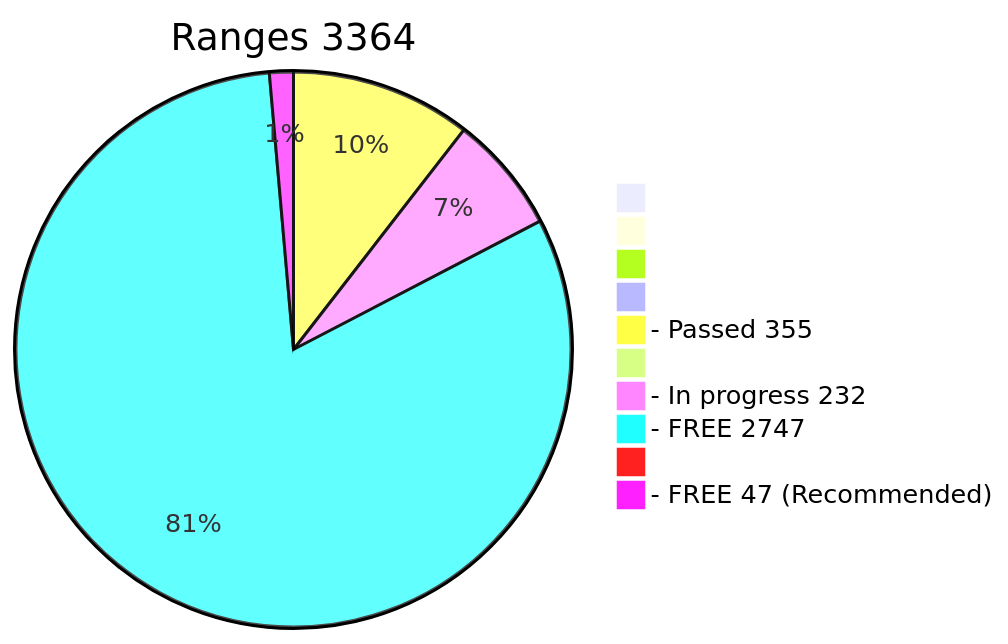
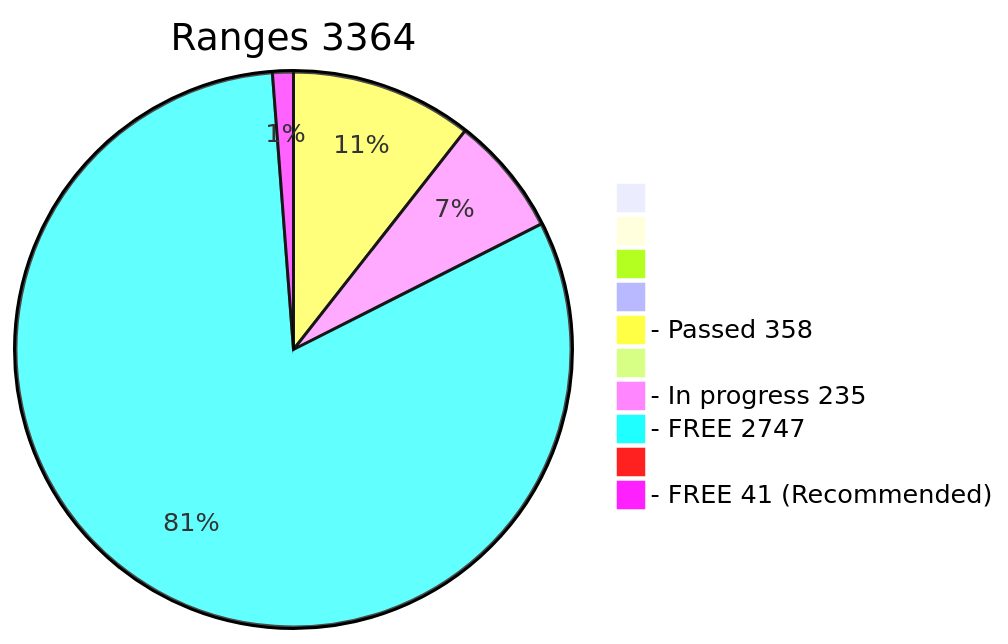
One commit to phrutis/wif500 changed the diagram in x64/Release/table.md. Above: the diagram before and after it, drawn with Mermaid. The commit also changed other lines of this file, not shown here.

````diff
--- a/x64/Release/table.md
+++ b/x64/Release/table.md
@@ -2,13 +2,13 @@
 ```mermaid
 pie title Ranges 3364
   " " : 0
   "  " : 0
   "   " : 0
   "    " : 0
-  "- Passed 355" : 355
+  "- Passed 358" : 358
   "     " : 0
-  "- In progress 232" : 232
+  "- In progress 235" : 235
   "- FREE 2747" : 2747
   "      " : 0
-  "- FREE 47 (Recommended)" : 47
+  "- FREE 41 (Recommended)" : 41
 ```
````
